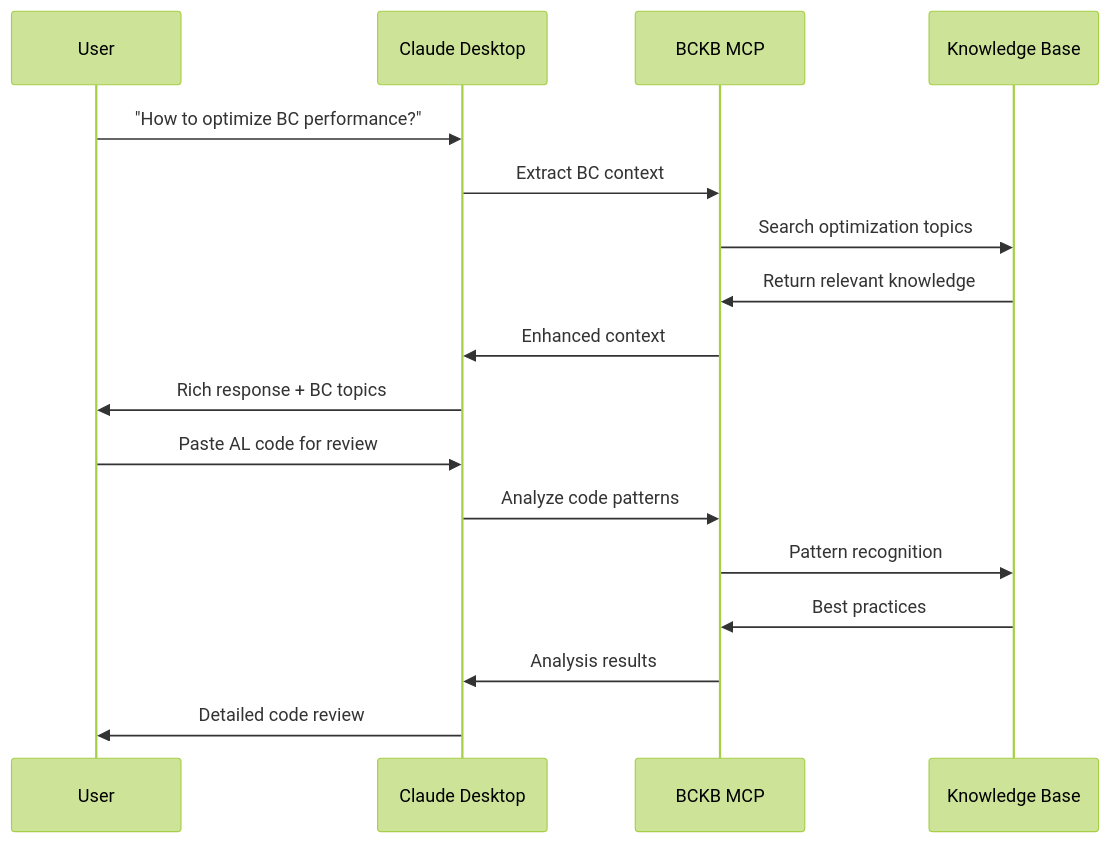
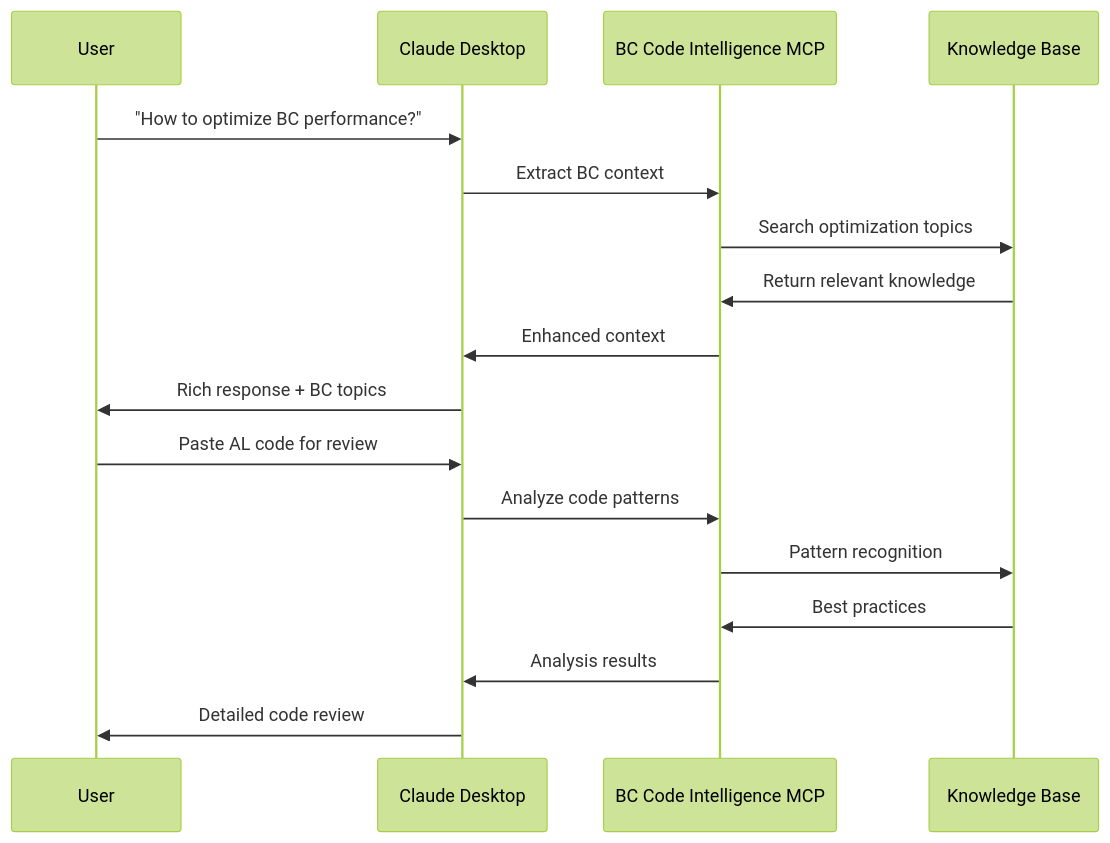
The fourth of 4 diagrams in docs/integration-ecosystem.md (JeremyVyska/bc-code-intelligence-mcp), drawn with Mermaid (forest theme) before and after one commit. The commit also changed other lines of this file and 4 other files, not shown here.

First line of the commit message:
Complete BC Code Intelligence migration

````diff
--- a/docs/integration-ecosystem.md
+++ b/docs/integration-ecosystem.md
@@ -242,21 +242,21 @@
 ```mermaid
 sequenceDiagram
     participant User as User
     participant Claude as Claude Desktop
-    participant BCKB as BCKB MCP
+    participant BCCodeIntel as BC Code Intelligence MCP
     participant KB as Knowledge Base
 
     User->>Claude: "How to optimize BC performance?"
-    Claude->>BCKB: Extract BC context
-    BCKB->>KB: Search optimization topics
-    KB->>BCKB: Return relevant knowledge
-    BCKB->>Claude: Enhanced context
+    Claude->>BCCodeIntel: Extract BC context
+    BCCodeIntel->>KB: Search optimization topics
+    KB->>BCCodeIntel: Return relevant knowledge
+    BCCodeIntel->>Claude: Enhanced context
     Claude->>User: Rich response + BC topics
 
     User->>Claude: Paste AL code for review
-    Claude->>BCKB: Analyze code patterns
-    BCKB->>KB: Pattern recognition
-    KB->>BCKB: Best practices
-    BCKB->>Claude: Analysis results
+    Claude->>BCCodeIntel: Analyze code patterns
+    BCCodeIntel->>KB: Pattern recognition
+    KB->>BCCodeIntel: Best practices
+    BCCodeIntel->>Claude: Analysis results
     Claude->>User: Detailed code review
 ```
````
